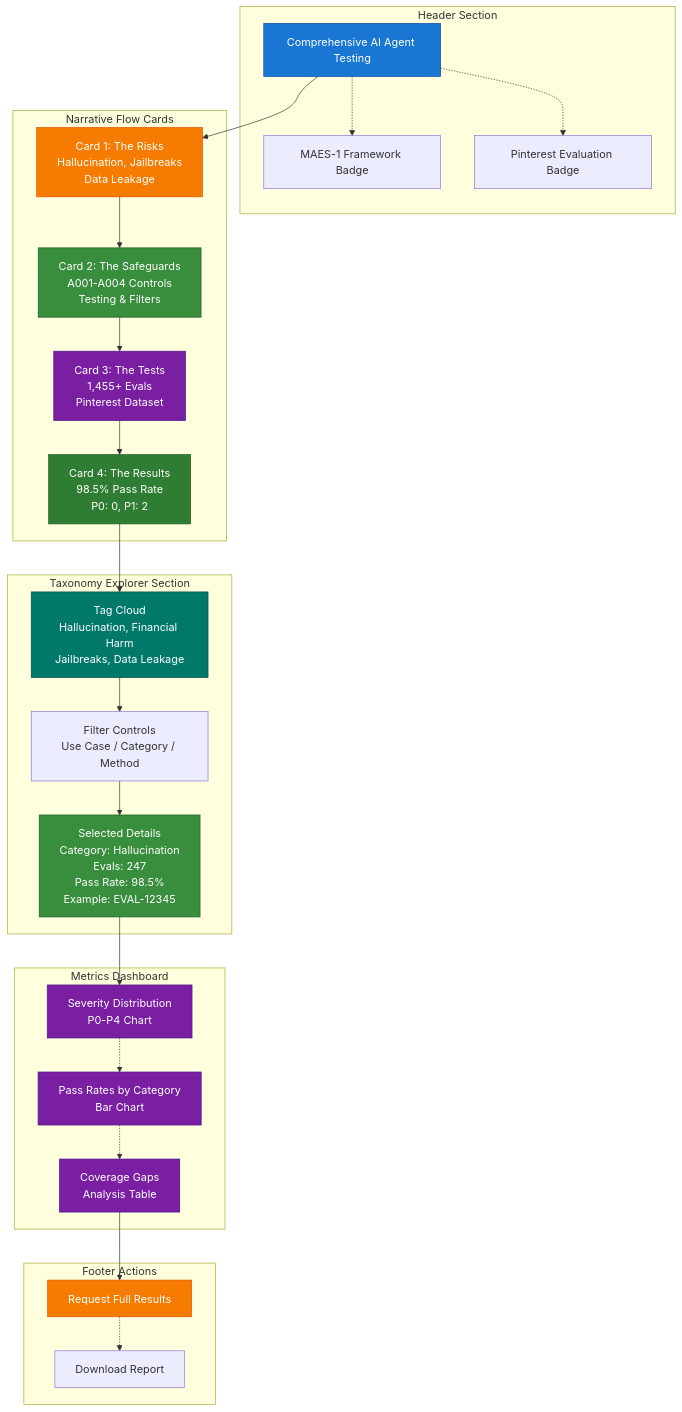
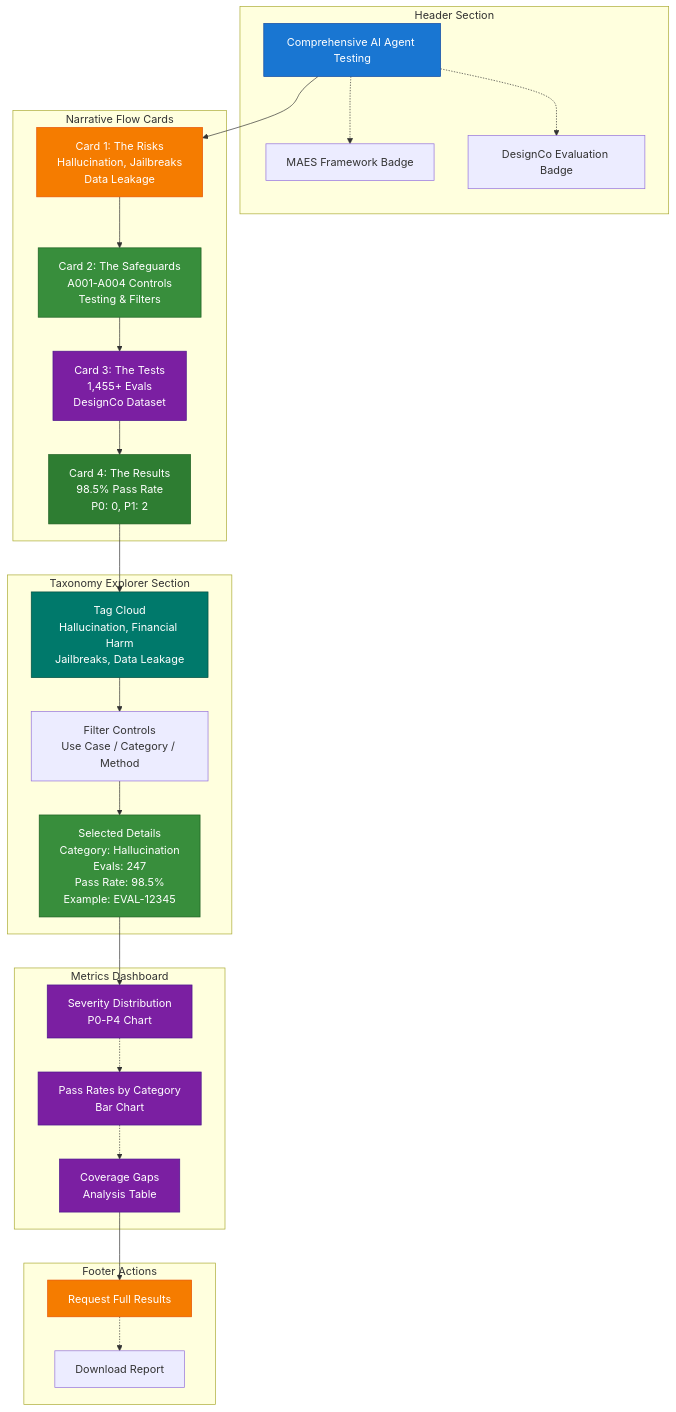
One commit to nikhil-vytla/hatch changed the sixth of 7 diagrams in meta-agent-eval-system/docs/TAXONOMY_VISUALIZATION.md. Above: the diagram before and after it, drawn with Mermaid. The commit also changed other lines of this file, not shown here.

Commit message:
nit: fix docs for maes

````diff
--- a/meta-agent-eval-system/docs/TAXONOMY_VISUALIZATION.md
+++ b/meta-agent-eval-system/docs/TAXONOMY_VISUALIZATION.md
@@ -209,59 +209,59 @@
 ```mermaid
 graph TB
     subgraph "Header Section"
         HEADER[Comprehensive AI Agent Testing]
-        BADGE1[MAES-1 Framework Badge]
-        BADGE2[Pinterest Evaluation Badge]
+        BADGE1[MAES Framework Badge]
+        BADGE2[DesignCo Evaluation Badge]
         HEADER -.-> BADGE1
         HEADER -.-> BADGE2
     end
     
     subgraph "Narrative Flow Cards"
         CARD1[Card 1: The Risks<br/>Hallucination, Jailbreaks<br/>Data Leakage]
         CARD2[Card 2: The Safeguards<br/>A001-A004 Controls<br/>Testing & Filters]
-        CARD3[Card 3: The Tests<br/>1,455+ Evals<br/>Pinterest Dataset]
+        CARD3[Card 3: The Tests<br/>1,455+ Evals<br/>DesignCo Dataset]
         CARD4[Card 4: The Results<br/>98.5% Pass Rate<br/>P0: 0, P1: 2]
         CARD1 --> CARD2
         CARD2 --> CARD3
         CARD3 --> CARD4
     end
     
     subgraph "Taxonomy Explorer Section"
         TAGS[Tag Cloud<br/>Hallucination, Financial Harm<br/>Jailbreaks, Data Leakage]
         FILTERS[Filter Controls<br/>Use Case / Category / Method]
         DETAILS[Selected Details<br/>Category: Hallucination<br/>Evals: 247<br/>Pass Rate: 98.5%<br/>Example: EVAL-12345]
         TAGS --> FILTERS
         FILTERS --> DETAILS
     end
     
     subgraph "Metrics Dashboard"
         CHART1[Severity Distribution<br/>P0-P4 Chart]
         CHART2[Pass Rates by Category<br/>Bar Chart]
         CHART3[Coverage Gaps<br/>Analysis Table]
         CHART1 -.-> CHART2
         CHART2 -.-> CHART3
     end
     
     subgraph "Footer Actions"
         CTA1[Request Full Results]
         CTA2[Download Report]
         CTA1 -.-> CTA2
     end
     
     HEADER --> CARD1
     CARD4 --> TAGS
     DETAILS --> CHART1
     CHART3 --> CTA1
     
     style HEADER fill:#1976d2,stroke:#0d47a1,color:#fff
     style CARD1 fill:#f57c00,stroke:#e65100,color:#fff
     style CARD2 fill:#388e3c,stroke:#1b5e20,color:#fff
     style CARD3 fill:#7b1fa2,stroke:#4a148c,color:#fff
     style CARD4 fill:#2e7d32,stroke:#1b5e20,color:#fff
     style TAGS fill:#00796b,stroke:#004d40,color:#fff
     style DETAILS fill:#388e3c,stroke:#1b5e20,color:#fff
     style CHART1 fill:#7b1fa2,stroke:#4a148c,color:#fff
     style CHART2 fill:#7b1fa2,stroke:#4a148c,color:#fff
     style CHART3 fill:#7b1fa2,stroke:#4a148c,color:#fff
     style CTA1 fill:#f57c00,stroke:#e65100,color:#fff
 ```
````
